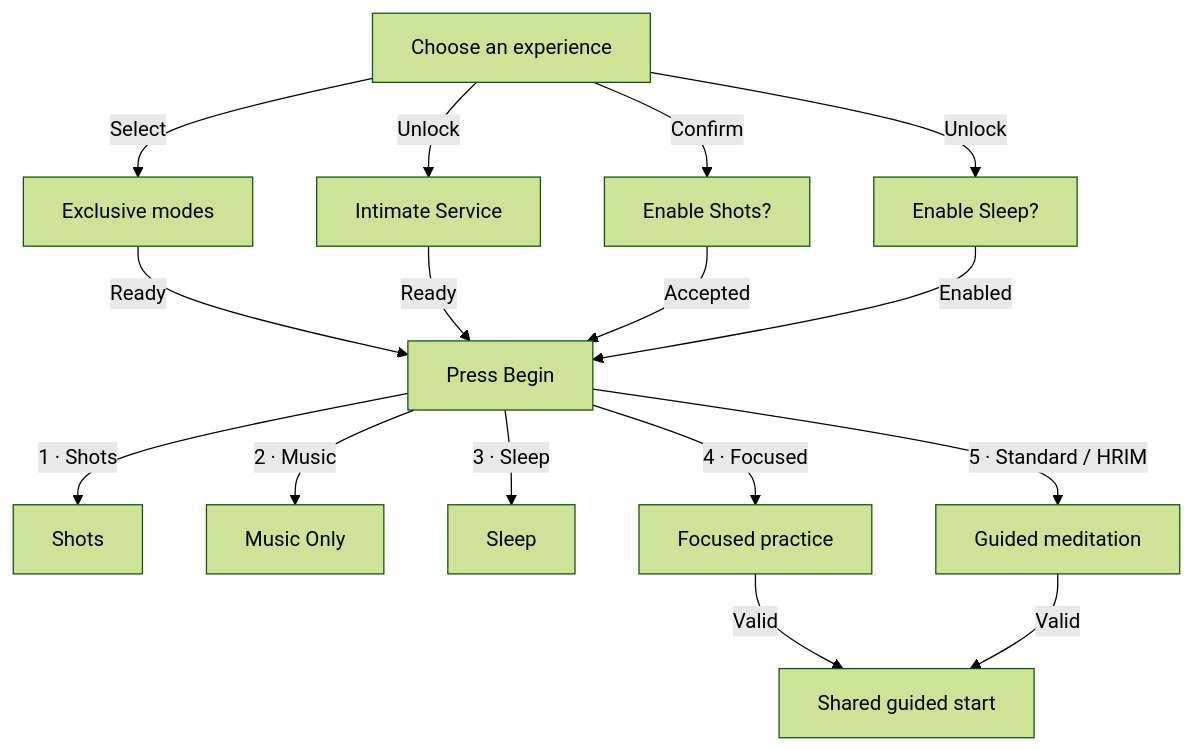
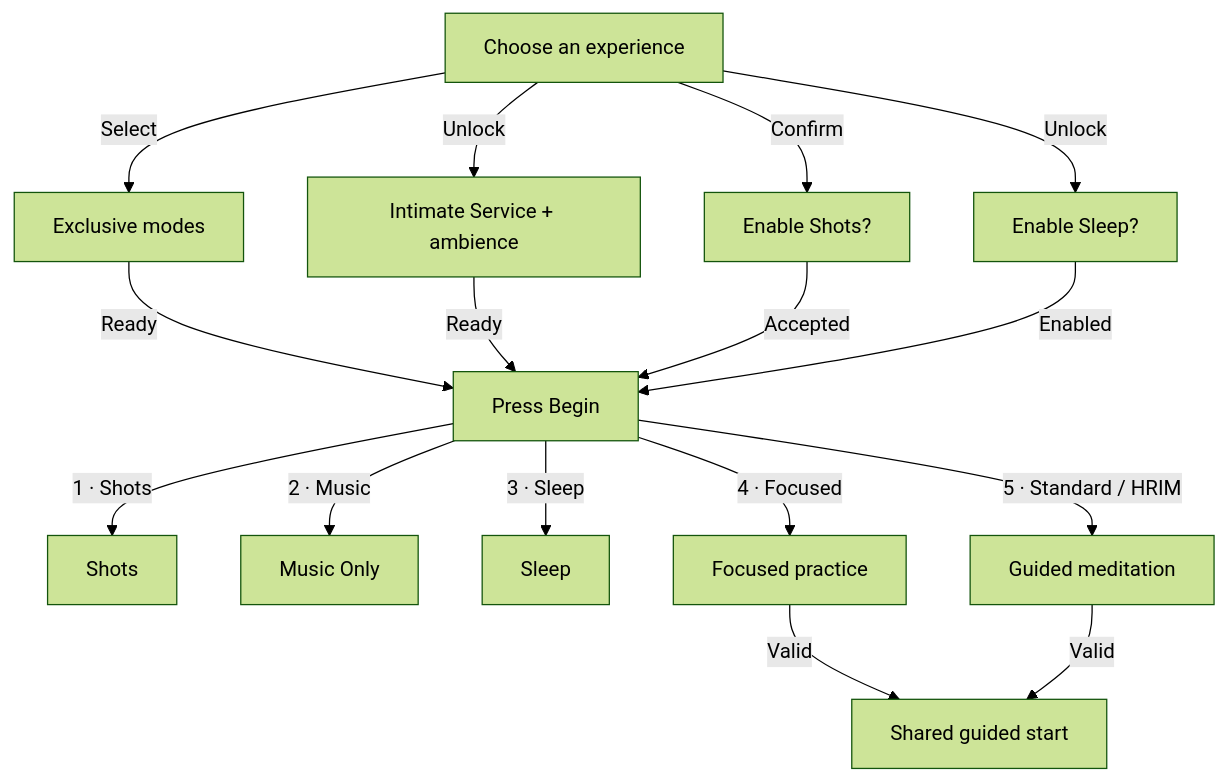
Before and after one commit to missionode/lite: the third of 25 diagrams in docs/app-map/FLOW-REFERENCE.md, drawn with Mermaid (forest theme). The commit also changed other lines of this file and 15 other files, not shown here.

````diff
--- a/docs/app-map/FLOW-REFERENCE.md
+++ b/docs/app-map/FLOW-REFERENCE.md
@@ -149,30 +149,30 @@
 ```mermaid
 flowchart TD
   lobby["Choose an experience"]
   exclusive["Exclusive modes"]
-  care["Intimate Service"]
+  care["Intimate Service + ambience"]
   shots["Enable Shots?"]
   sleepgate["Enable Sleep?"]
   begin["Press Begin"]
   shot["Shots"]
   music["Music Only"]
   sleep["Sleep"]
   focused["Focused practice"]
   guided["Guided meditation"]
   start["Shared guided start"]
   lobby -->|"Select"| exclusive
   lobby -->|"Unlock"| care
   lobby -->|"Confirm"| shots
   lobby -->|"Unlock"| sleepgate
   exclusive -->|"Ready"| begin
   care -->|"Ready"| begin
   shots -->|"Accepted"| begin
   sleepgate -->|"Enabled"| begin
   begin -->|"1 · Shots"| shot
   begin -->|"2 · Music"| music
   begin -->|"3 · Sleep"| sleep
   begin -->|"4 · Focused"| focused
   begin -->|"5 · Standard / HRIM"| guided
   focused -->|"Valid"| start
   guided -->|"Valid"| start
 ```
````
